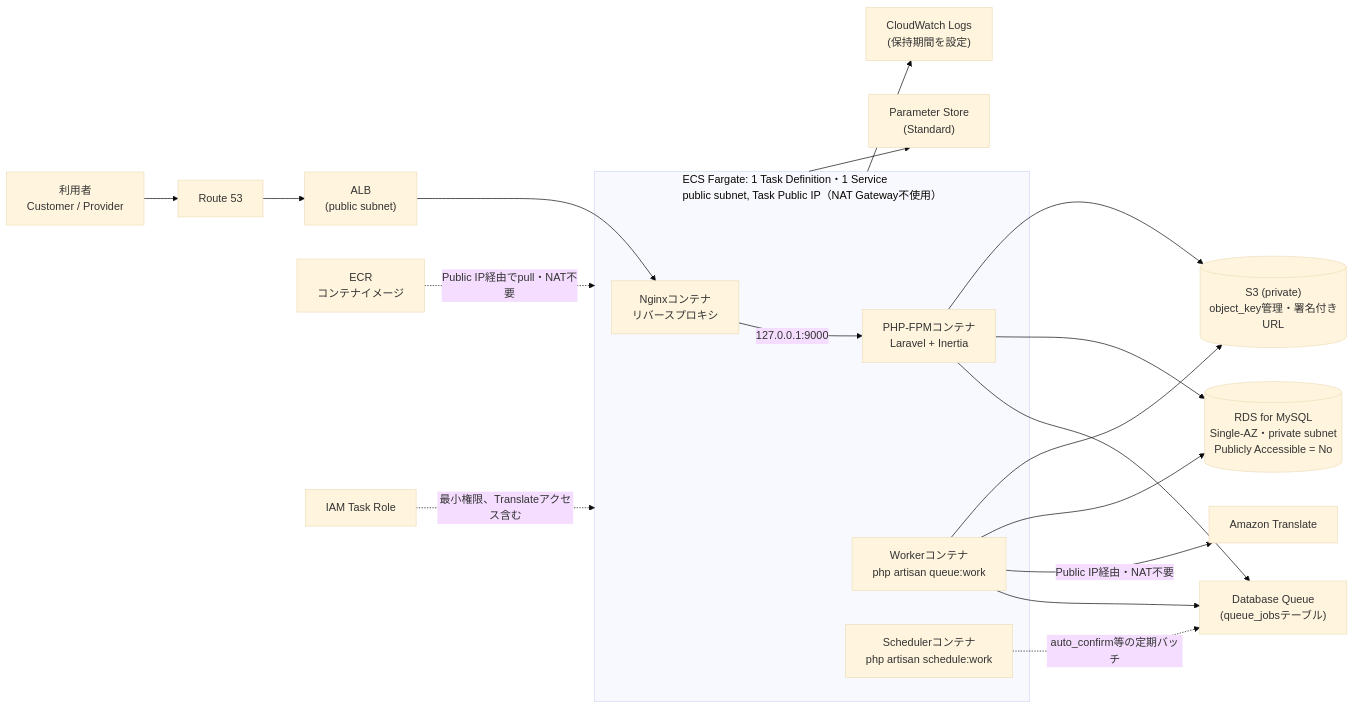
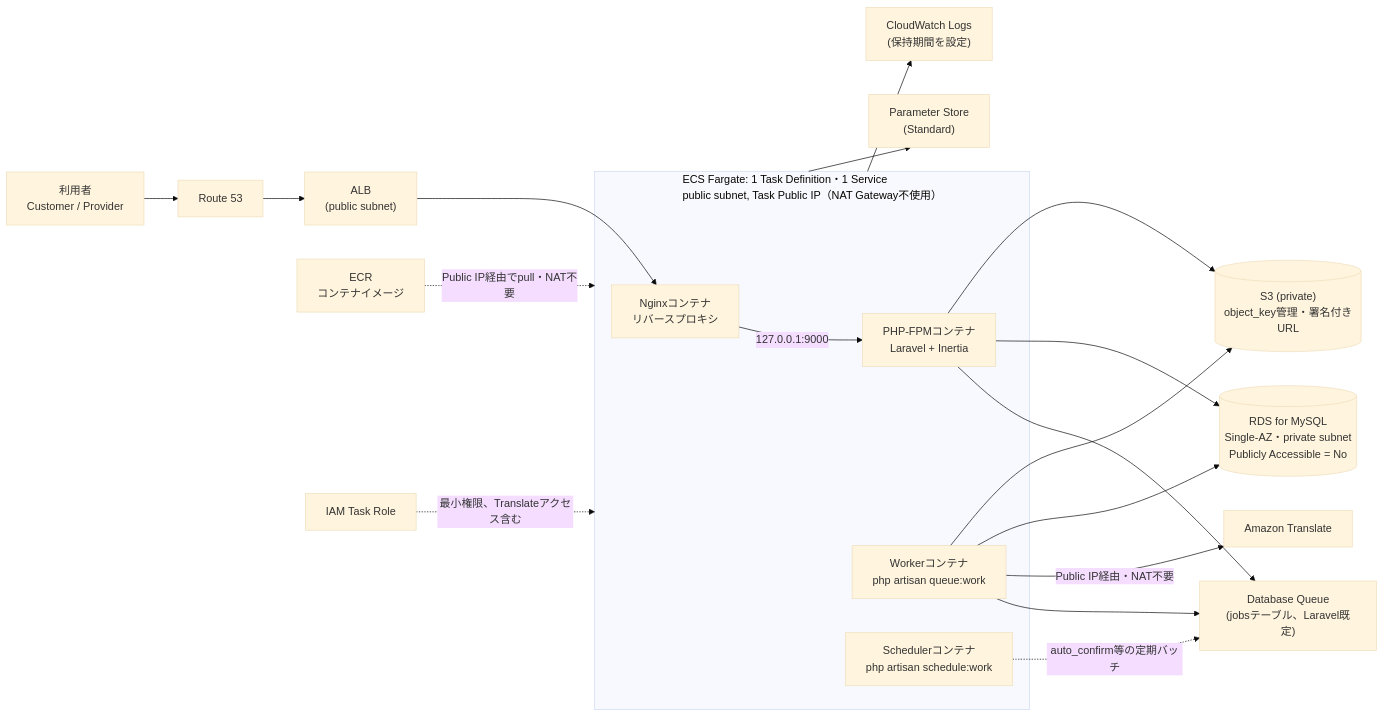
Before and after one commit to rowa0504/da-nang-help: the fourth of 4 diagrams in docs/BLUEPRINT.md, drawn with Mermaid (base theme). The commit also changed other lines of this file and 1 other file, not shown here.

````diff
--- a/docs/BLUEPRINT.md
+++ b/docs/BLUEPRINT.md
@@ -908,23 +934,23 @@
 ```mermaid
 flowchart LR
   U["利用者<br/>Customer / Provider"] --> R53["Route 53"]
   R53 --> ALB["ALB<br/>(public subnet)"]
   ALB --> NGINX
   subgraph TASK["ECS Fargate: 1 Task Definition・1 Service<br/>public subnet, Task Public IP（NAT Gateway不使用）"]
     NGINX["Nginxコンテナ<br/>リバースプロキシ"] -->|127.0.0.1:9000| PHPFPM["PHP-FPMコンテナ<br/>Laravel + Inertia"]
     WORKER["Workerコンテナ<br/>php artisan queue:work"]
     SCHED["Schedulerコンテナ<br/>php artisan schedule:work"]
   end
-  PHPFPM --> DBQ["Database Queue<br/>(queue_jobsテーブル)"]
+  PHPFPM --> DBQ["Database Queue<br/>(jobsテーブル、Laravel既定)"]
   WORKER --> DBQ
   SCHED -.->|auto_confirm等の定期バッチ| DBQ
   WORKER -->|Public IP経由・NAT不要| TRANSLATE["Amazon Translate"]
   ECR["ECR<br/>コンテナイメージ"] -.->|Public IP経由でpull・NAT不要| TASK
   PHPFPM --> RDS[("RDS for MySQL<br/>Single-AZ・private subnet<br/>Publicly Accessible = No")]
   WORKER --> RDS
   PHPFPM --> S3[("S3 (private)<br/>object_key管理・署名付きURL")]
   WORKER --> S3
   TASK --> SM["Parameter Store<br/>(Standard)"]
   TASK --> CW["CloudWatch Logs<br/>(保持期間を設定)"]
   IAM["IAM Task Role"] -.->|最小権限、Translateアクセス含む| TASK
 ```
````
